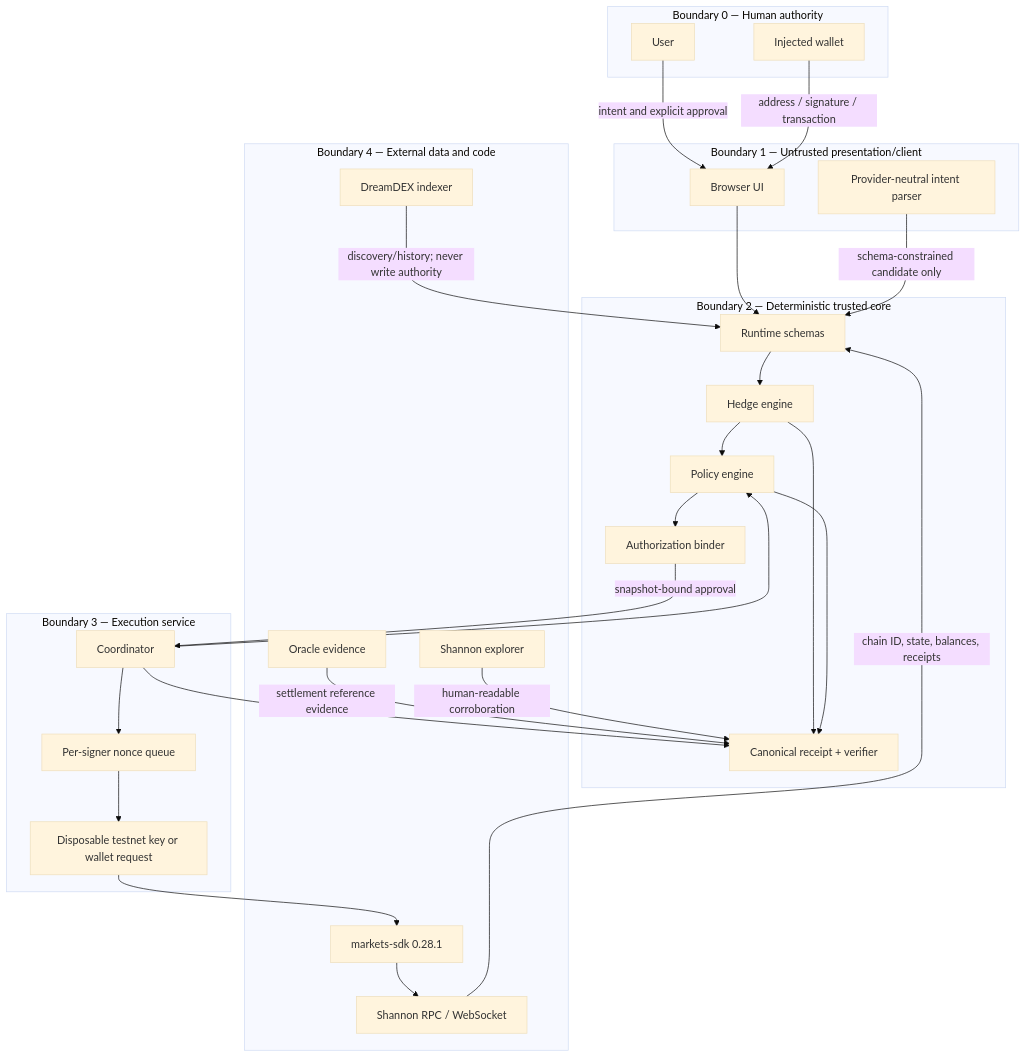
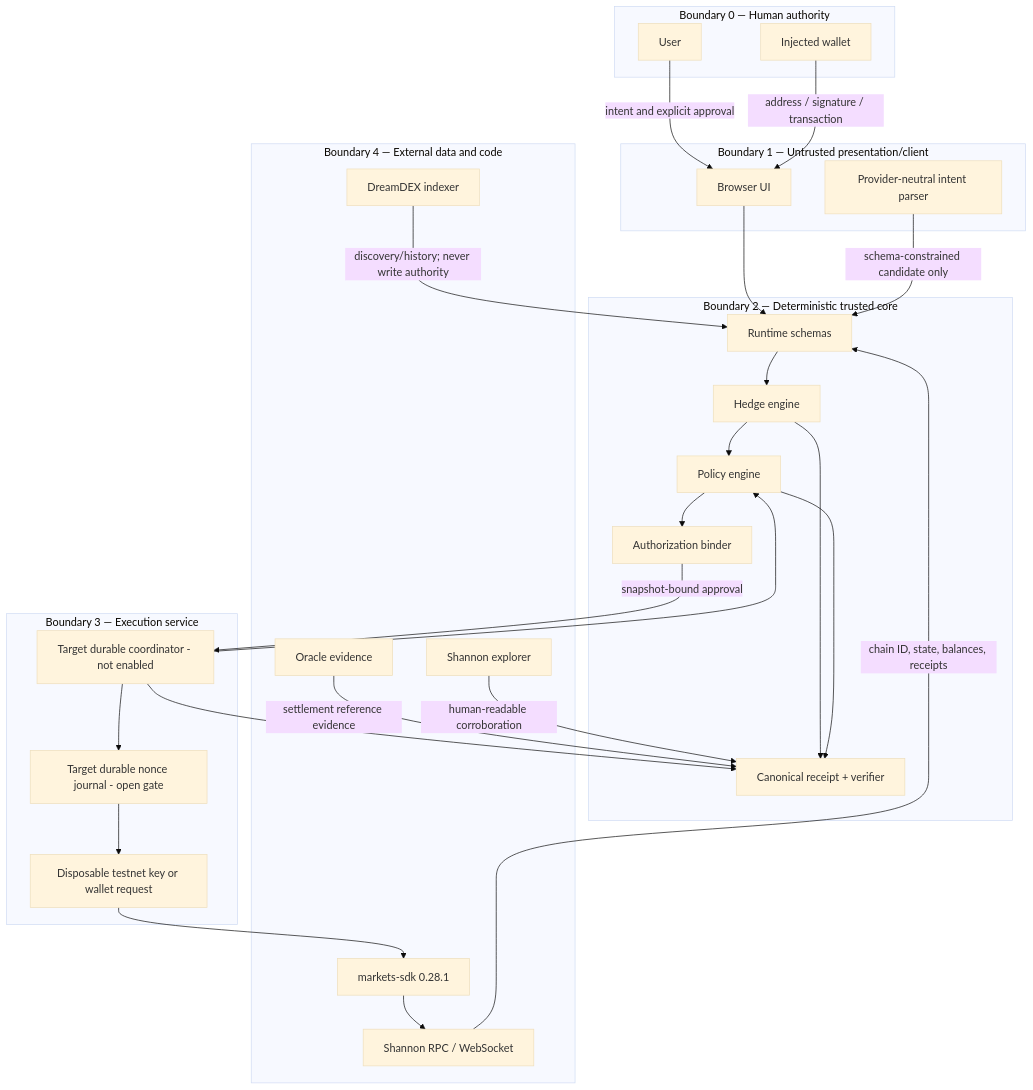
One commit to tang-vu/outcome-guard changed the diagram in docs/architecture/trust-boundaries.md. Above: the diagram before and after it, drawn with Mermaid (base theme). The commit also changed other lines of this file and 21 other files, not shown here.

````diff
--- a/docs/architecture/trust-boundaries.md
+++ b/docs/architecture/trust-boundaries.md
@@ -7,55 +7,55 @@
 ```mermaid
 flowchart TB
     subgraph B0[Boundary 0 — Human authority]
       U[User]
       IW[Injected wallet]
     end
 
     subgraph B1[Boundary 1 — Untrusted presentation/client]
       UI[Browser UI]
       NLP[Provider-neutral intent parser]
     end
 
     subgraph B2[Boundary 2 — Deterministic trusted core]
       SCH[Runtime schemas]
       HE[Hedge engine]
       PE[Policy engine]
       CAN[Canonical receipt + verifier]
       AUTH[Authorization binder]
     end
 
     subgraph B3[Boundary 3 — Execution service]
-      COORD[Coordinator]
-      NONCE[Per-signer nonce queue]
+      COORD[Target durable coordinator - not enabled]
+      NONCE[Target durable nonce journal - open gate]
       KEY[Disposable testnet key or wallet request]
     end
 
     subgraph B4[Boundary 4 — External data and code]
       SDK[markets-sdk 0.28.1]
       IDX[DreamDEX indexer]
       RPC[Shannon RPC / WebSocket]
       ORA[Oracle evidence]
       EXP[Shannon explorer]
     end
 
     U -->|intent and explicit approval| UI
     IW -->|address / signature / transaction| UI
     UI --> SCH
     NLP -->|schema-constrained candidate only| SCH
     SCH --> HE
     HE --> PE
     PE --> AUTH
     AUTH -->|snapshot-bound approval| COORD
     COORD --> PE
     COORD --> NONCE
     NONCE --> KEY
     KEY --> SDK
     SDK --> RPC
     IDX -->|discovery/history; never write authority| SCH
     RPC -->|chain ID, state, balances, receipts| SCH
     ORA -->|settlement reference evidence| CAN
     EXP -->|human-readable corroboration| CAN
     HE --> CAN
     PE --> CAN
     COORD --> CAN
 ```
````
